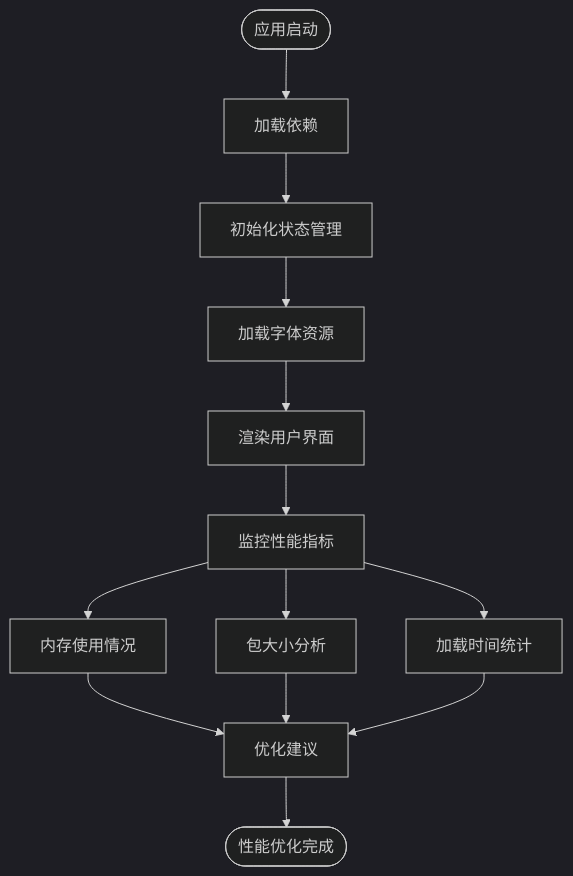
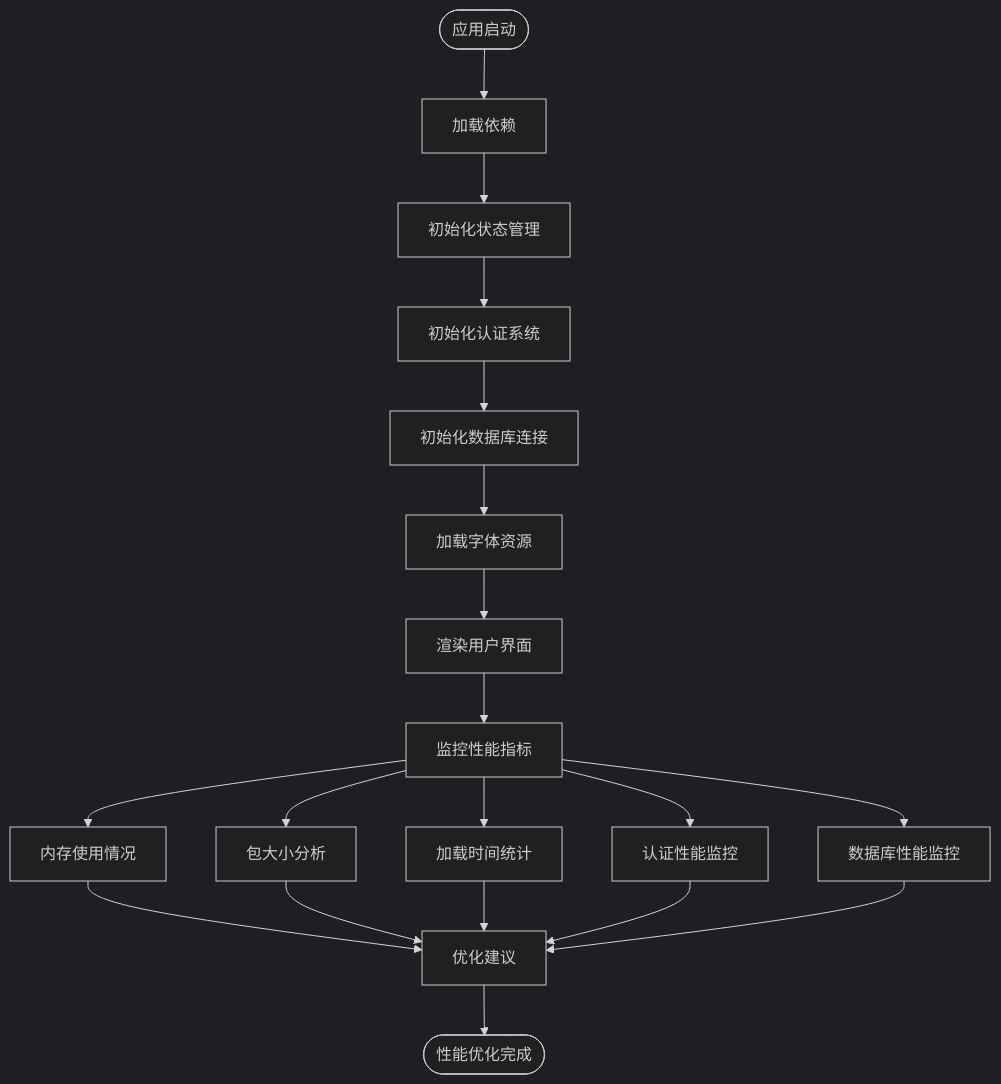
One commit to billye220670/BananaFlow2 changed diagram 15 of 16 in .qoder/repowiki/zh/content/Dependency Management.md. Above: the diagram before and after it, drawn with Mermaid (dark theme). The commit also changed other lines of this file and 6 other files, not shown here.

````diff
--- a/.qoder/repowiki/zh/content/Dependency Management.md
+++ b/.qoder/repowiki/zh/content/Dependency Management.md
@@ -446,15 +658,21 @@
 ```mermaid
 flowchart TD
 Start([应用启动]) --> LoadDeps["加载依赖"]
 LoadDeps --> InitStore["初始化状态管理"]
-InitStore --> LoadFonts["加载字体资源"]
+InitStore --> InitAuth["初始化认证系统"]
+InitAuth --> InitSupabase["初始化数据库连接"]
+InitSupabase --> LoadFonts["加载字体资源"]
 LoadFonts --> RenderUI["渲染用户界面"]
 RenderUI --> Monitor["监控性能指标"]
 Monitor --> Memory["内存使用情况"]
 Monitor --> Bundle["包大小分析"]
 Monitor --> LoadTime["加载时间统计"]
+Monitor --> AuthPerformance["认证性能监控"]
+Monitor --> DBPerformance["数据库性能监控"]
 Memory --> Optimize["优化建议"]
 Bundle --> Optimize
 LoadTime --> Optimize
+AuthPerformance --> Optimize
+DBPerformance --> Optimize
 Optimize --> End([性能优化完成])
 ```
````
